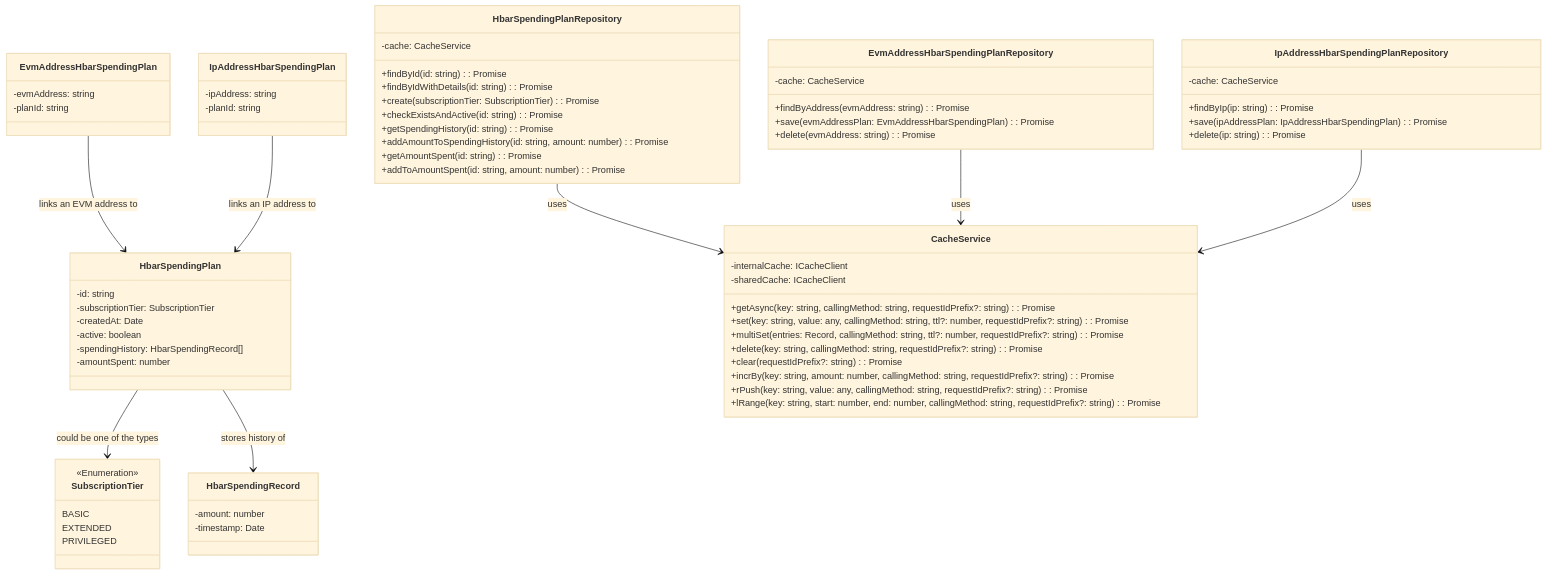
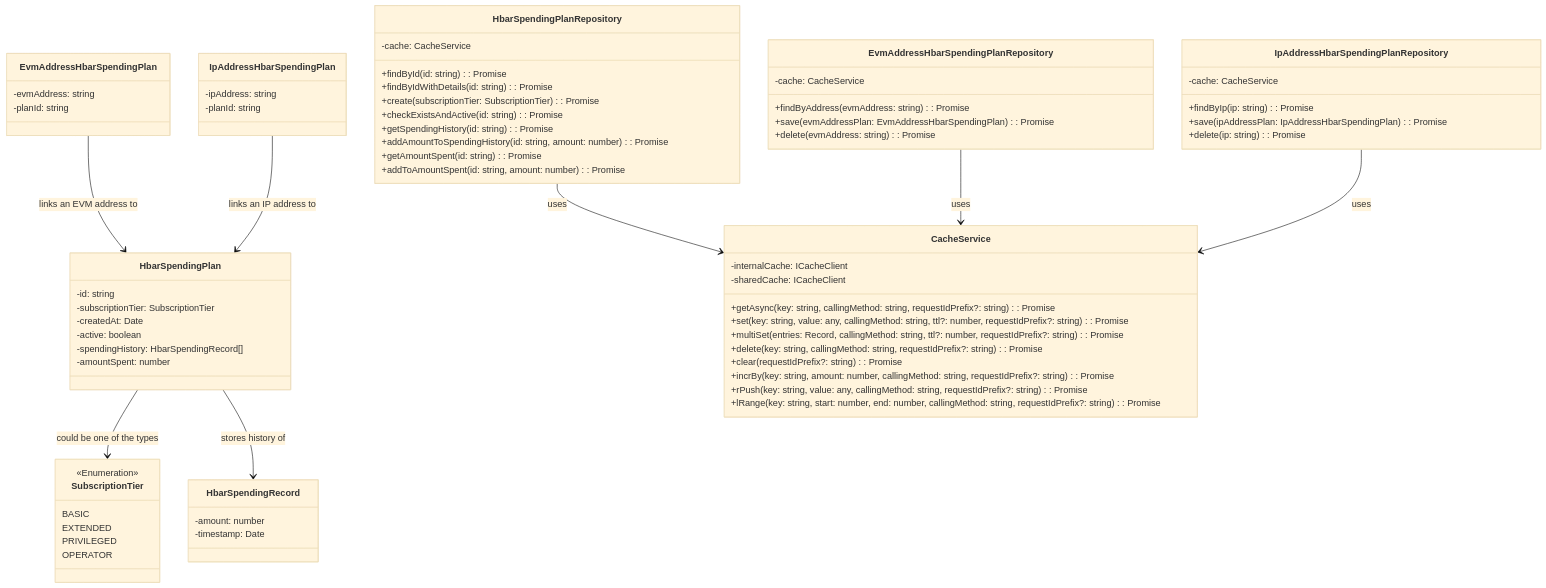
One commit to async-knightbgt7/hiero-json-rpc-relay changed the fourth of 4 diagrams in docs/design/hbar-limiter.md. Above: the diagram before and after it, drawn with Mermaid (base theme). The commit also changed other lines of this file, not shown here.

Commit message:
docs: update `hbar-limiter.md` with information about `OPERATOR` plans (#3338)

````diff
--- a/docs/design/hbar-limiter.md
+++ b/docs/design/hbar-limiter.md
@@ -189,80 +208,81 @@
 ```mermaid
 classDiagram
     class HbarSpendingPlan {
         -id: string
         -subscriptionTier: SubscriptionTier
         -createdAt: Date
         -active: boolean
         -spendingHistory: HbarSpendingRecord[]
         -amountSpent: number
     }
 
     class HbarSpendingRecord {
         -amount: number
         -timestamp: Date
     }
 
     class EvmAddressHbarSpendingPlan {
         -evmAddress: string
         -planId: string
     }
 
     class IpAddressHbarSpendingPlan {
         -ipAddress: string
         -planId: string
     }
 
     class CacheService {
         -internalCache: ICacheClient
         -sharedCache: ICacheClient
         +getAsync<T>(key: string, callingMethod: string, requestIdPrefix?: string): Promise<T>
         +set(key: string, value: any, callingMethod: string, ttl?: number, requestIdPrefix?: string): Promise<void>
         +multiSet(entries: Record<string, any>, callingMethod: string, ttl?: number, requestIdPrefix?: string): Promise<void>
         +delete(key: string, callingMethod: string, requestIdPrefix?: string): Promise<void>
         +clear(requestIdPrefix?: string): Promise<void>
         +incrBy(key: string, amount: number, callingMethod: string, requestIdPrefix?: string): Promise<number>
         +rPush(key: string, value: any, callingMethod: string, requestIdPrefix?: string): Promise<number>
         +lRange<T>(key: string, start: number, end: number, callingMethod: string, requestIdPrefix?: string): Promise<T[]>
     }
 
     class HbarSpendingPlanRepository {
         -cache: CacheService
         +findById(id: string): Promise<IHbarSpendingPlan>
         +findByIdWithDetails(id: string): Promise<IDetailedHbarSpendingPlan>
         +create(subscriptionTier: SubscriptionTier): Promise<IDetailedHbarSpendingPlan>
         +checkExistsAndActive(id: string): Promise<void>
         +getSpendingHistory(id: string): Promise<HbarSpendingRecord[]>
         +addAmountToSpendingHistory(id: string, amount: number): Promise<number>
         +getAmountSpent(id: string): Promise<number>
         +addToAmountSpent(id: string, amount: number): Promise<void>
     }
 
     class EvmAddressHbarSpendingPlanRepository {
         -cache: CacheService
         +findByAddress(evmAddress: string): Promise<EvmAddressHbarSpendingPlan>
         +save(evmAddressPlan: EvmAddressHbarSpendingPlan): Promise<void>
         +delete(evmAddress: string): Promise<void>
     }
 
     class IpAddressHbarSpendingPlanRepository {
         -cache: CacheService
         +findByIp(ip: string): Promise<IpAddressHbarSpendingPlan>
         +save(ipAddressPlan: IpAddressHbarSpendingPlan): Promise<void>
         +delete(ip: string): Promise<void>
     }
 
     class SubscriptionTier
     <<Enumeration>> SubscriptionTier
     SubscriptionTier : BASIC
     SubscriptionTier : EXTENDED
     SubscriptionTier : PRIVILEGED
+    SubscriptionTier : OPERATOR
 
     HbarSpendingPlan --> SubscriptionTier : could be one of the types
     HbarSpendingPlan --> HbarSpendingRecord : stores history of
     EvmAddressHbarSpendingPlan --> HbarSpendingPlan : links an EVM address to
     IpAddressHbarSpendingPlan --> HbarSpendingPlan : links an IP address to
 
     HbarSpendingPlanRepository --> CacheService : uses
     EvmAddressHbarSpendingPlanRepository --> CacheService : uses
     IpAddressHbarSpendingPlanRepository --> CacheService : uses
 ```
````
